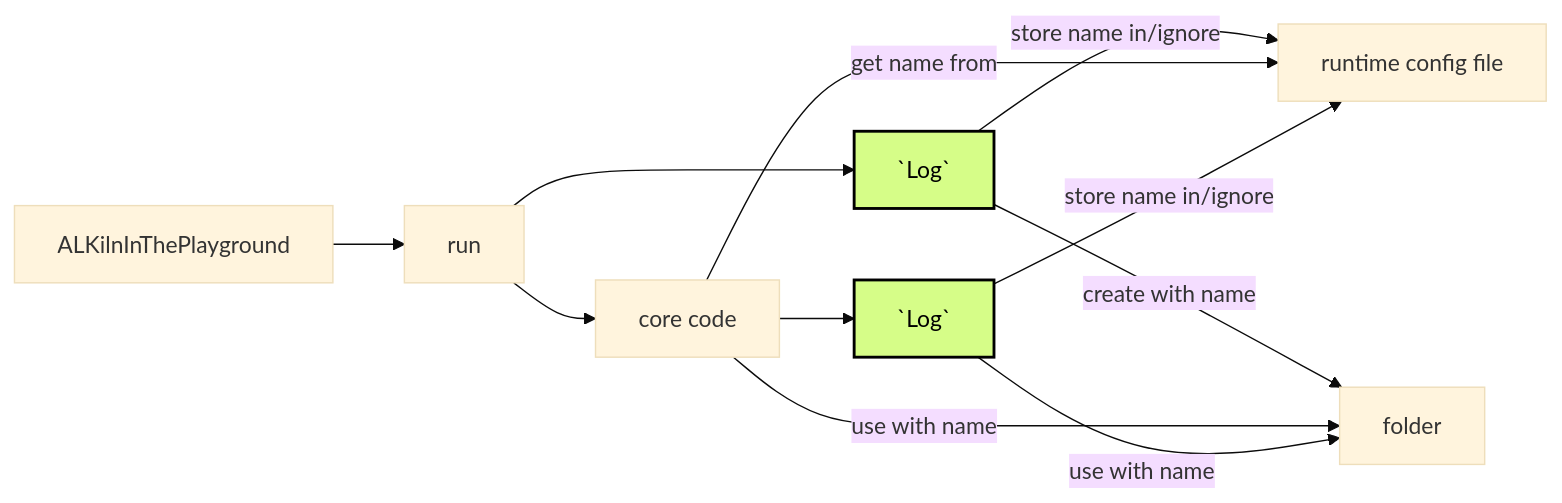
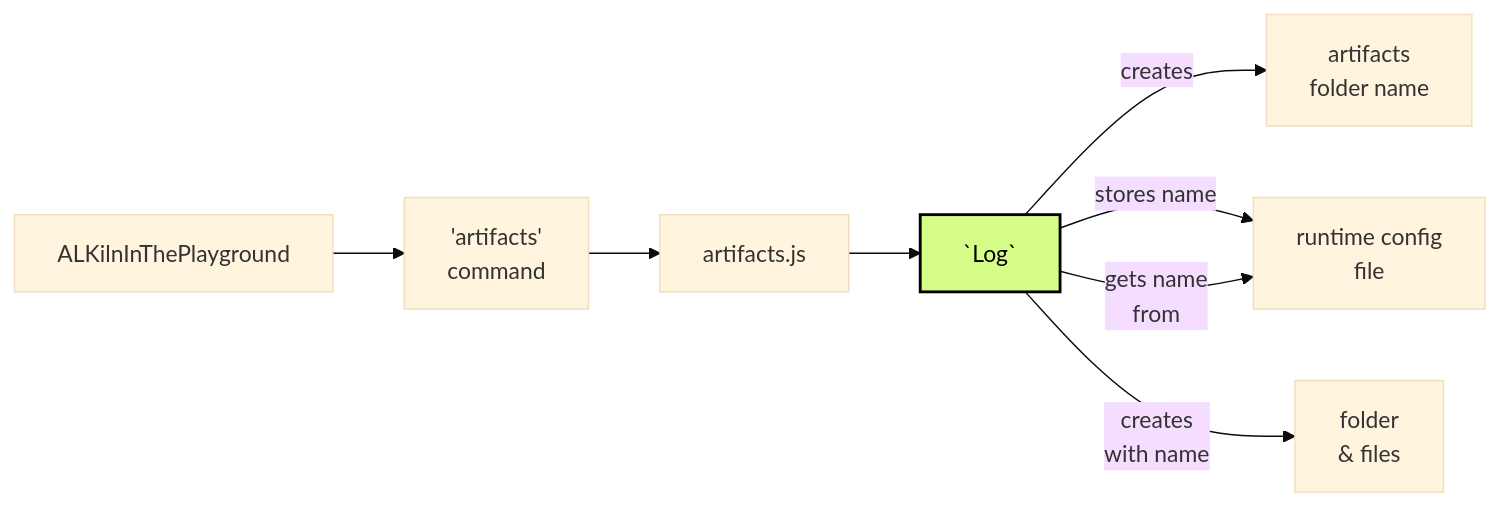
The fifth of 8 diagrams in docs/artifacts_folder_name.md (SuffolkLITLab/ALKiln), drawn with Mermaid (base theme) before and after one commit. The commit also changed other lines of this file and 1 other file, not shown here.

````diff
--- a/docs/artifacts_folder_name.md
+++ b/docs/artifacts_folder_name.md
@@ -82,15 +110,13 @@
 ```mermaid
 flowchart LR
-    ALKilnInThePlayground --> run["run"]
-    run --> log2["#96;Log#96;"]:::log
-    log2 --store name in/ignore--> runtime2["runtime config file"]
-    log2 --create with name--> folder2[folder]
-    run --> core["core code"]
-    core --> log3["#96;Log#96;"]:::log
-    core --use with name--> folder2
-    core --get name from--> runtime2
-    log3 --use with name--> folder2
-    log3 --store name in/ignore--> runtime2
+
+    ALKilnInThePlayground --> command["'artifacts'</br>command"]
+    command --> artifacts["artifacts.js"]
+    artifacts --> log1["#96;Log#96;"]:::log
+    log1 --creates--> name["artifacts</br>folder name"]
+    log1 --stores name--> runtime1["runtime config file"]
+    log1 --"gets name</br>from"--> runtime1["runtime config</br>file"]
+    log1 --creates</br>with name--> folder1["folder</br>& files"]
 
 classDef log fill:#d6fd88,stroke:#000,stroke-width:2px,color:#000
 ```
````
